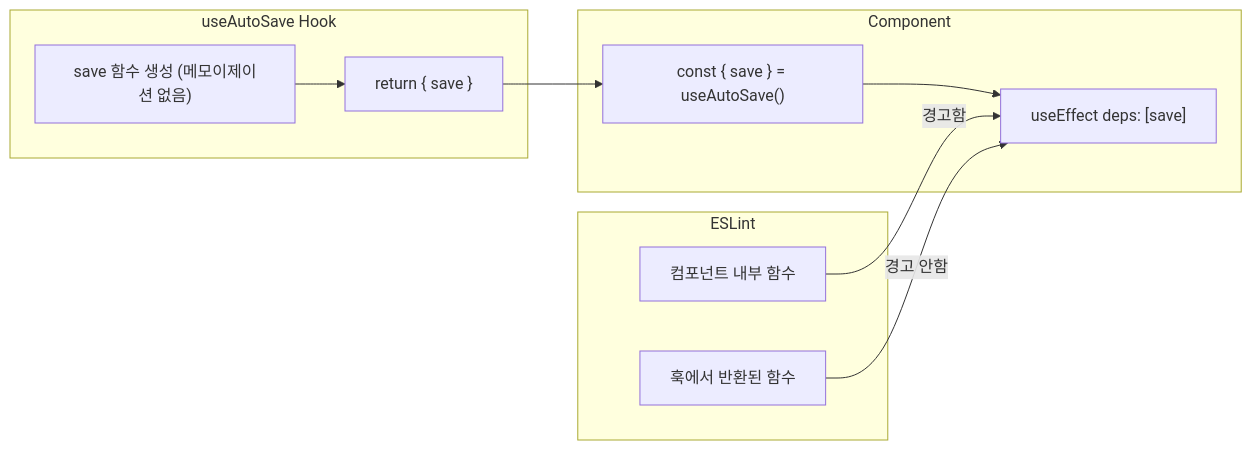
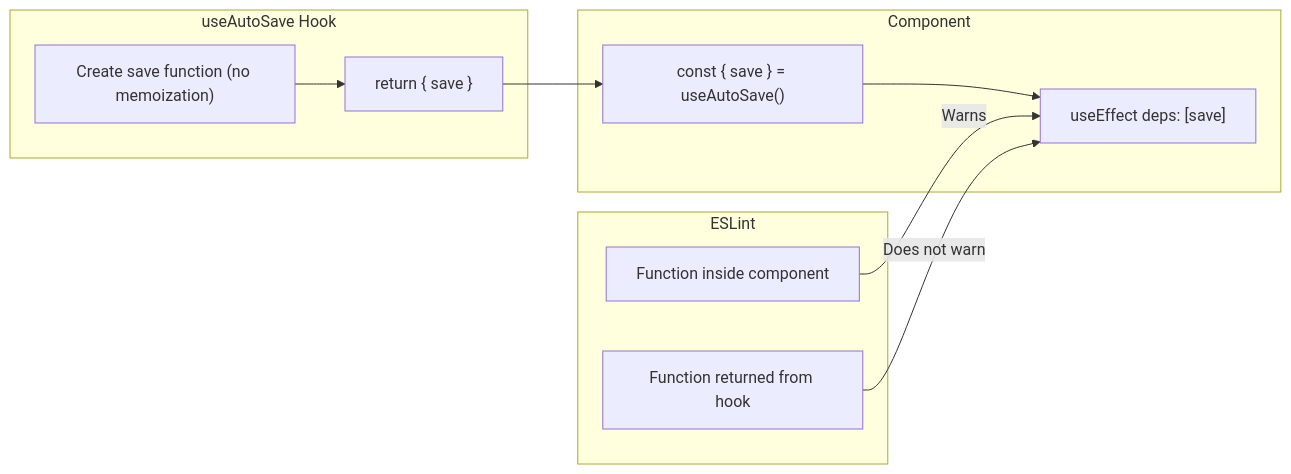
Diagram 16 of 19 in markdown/2026-01-18/en/content.mdx (codefug/codefug.github.io), drawn with Mermaid before and after one commit. The commit also changed other lines of this file and 1 other file, not shown here.

````diff
--- a/markdown/2026-01-18/en/content.mdx
+++ b/markdown/2026-01-18/en/content.mdx
@@ -702,23 +1118,23 @@
 ```mermaid
 flowchart LR
     subgraph "useAutoSave Hook"
-        A["save 함수 생성 (메모이제이션 없음)"]
+        A["Create save function (no memoization)"]
         B["return { save }"]
     end
 
     subgraph Component
         C["const { save } = useAutoSave()"]
         D["useEffect deps: [save]"]
     end
 
     subgraph ESLint
-        E["컴포넌트 내부 함수"]
-        F["훅에서 반환된 함수"]
+        E["Function inside component"]
+        F["Function returned from hook"]
     end
 
     A --> B
     B --> C
     C --> D
-    E -->|"경고함"| D
-    F -->|"경고 안함"| D
+    E -->|"Warns"| D
+    F -->|"Does not warn"| D
 ```
````
